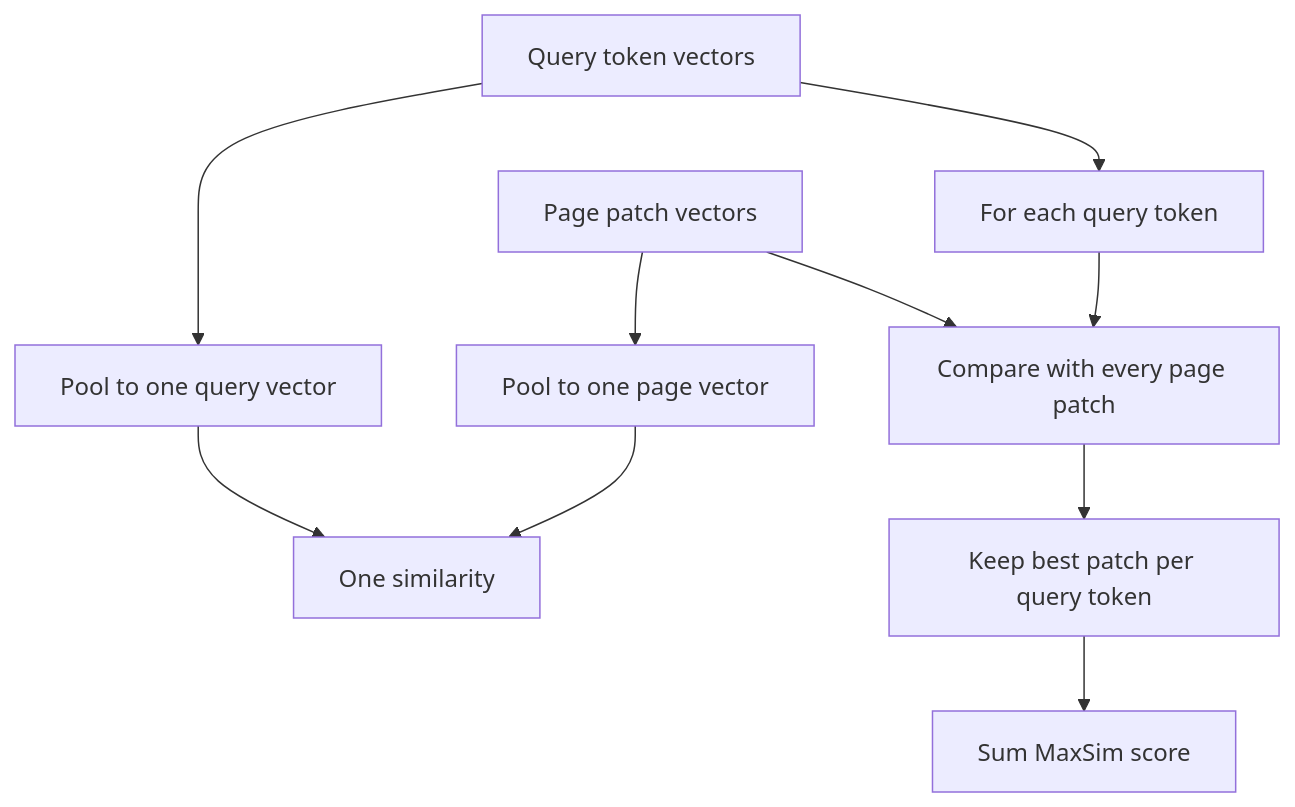
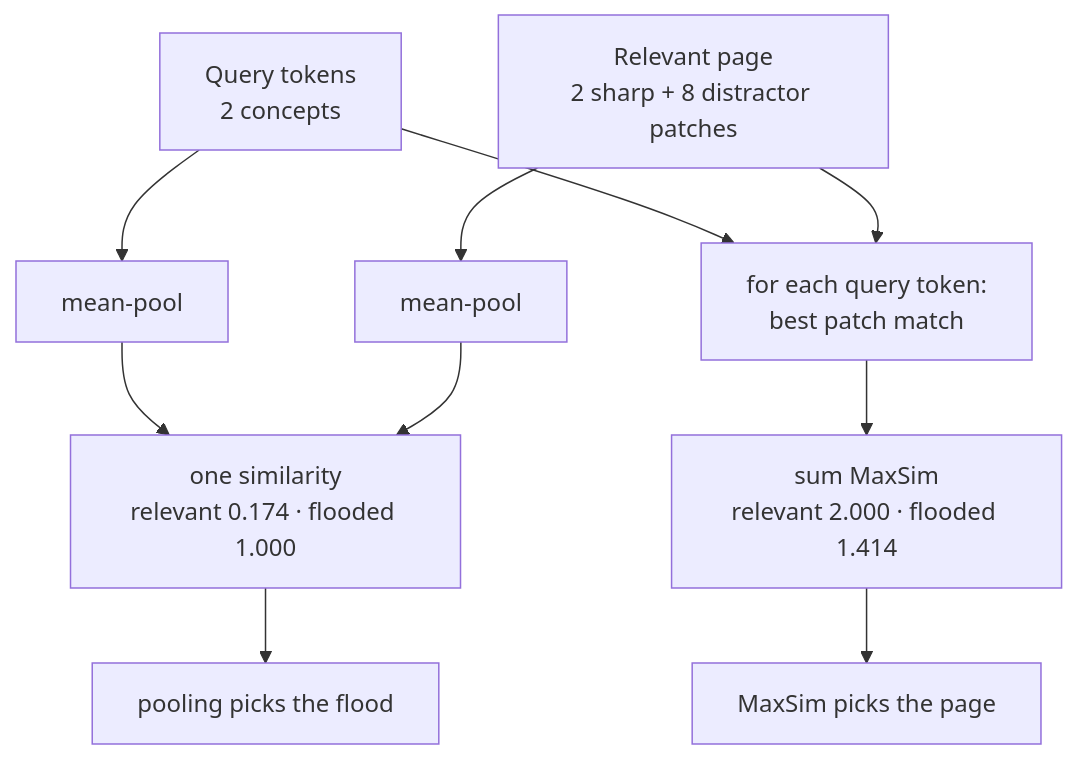
One commit to omkarsarde/agentic-engineering-at-scale changed the second of 3 diagrams in chapters/29-multimodal-vlm-documents-gui.qmd. Above: the diagram before and after it, drawn with Mermaid. The commit also changed other lines of this file and 17 other files, not shown here.

````diff
--- a/chapters/29-multimodal-vlm-documents-gui.qmd
+++ b/chapters/29-multimodal-vlm-documents-gui.qmd
@@ -242,16 +674,15 @@
 ```{mermaid}
+%%| echo: false
 %%| label: fig-ch29-maxsim
-%%| fig-cap: "Why can late interaction preserve a small visual region that pooling dilutes?"
-%%| fig-alt: "A pooled retriever compresses all query tokens and page patches to one vector before one similarity. A late-interaction retriever keeps query-token and page-patch vectors, takes the best patch match for each query token, and sums those matches."
+%%| fig-cap: "Why does late interaction keep a small region that pooling drowns? Pooling collapses each side to one vector before a single similarity, so a repeated 'flood' vector wins (1.000 vs 0.174). MaxSim keeps every vector and sums each query token's best patch, so two sharp matches beat the flood (2.000 vs 1.414)."
 flowchart TB
-    Q["Query token vectors"] --> QPOOL["Pool to one query vector"]
-    PAGE["Page patch vectors"] --> DPOOL["Pool to one page vector"]
-    QPOOL --> ONE["One similarity"]
-    DPOOL --> ONE
-
-    Q --> EACH["For each query token"]
-    PAGE --> MATCH["Compare with every page patch"]
-    EACH --> MATCH
-    MATCH --> MAX["Keep best patch per query token"]
-    MAX --> SUM["Sum MaxSim score"]
+    Q["Query tokens<br/>2 concepts"] --> QP["mean-pool"]
+    PG["Relevant page<br/>2 sharp + 8 distractor patches"] --> DP["mean-pool"]
+    QP --> S1["one similarity<br/>relevant 0.174 · flooded 1.000"]
+    DP --> S1
+    Q --> EACH["for each query token:<br/>best patch match"]
+    PG --> EACH
+    EACH --> SUM["sum MaxSim<br/>relevant 2.000 · flooded 1.414"]
+    S1 --> WP["pooling picks the flood"]
+    SUM --> WM["MaxSim picks the page"]
 ```
````
